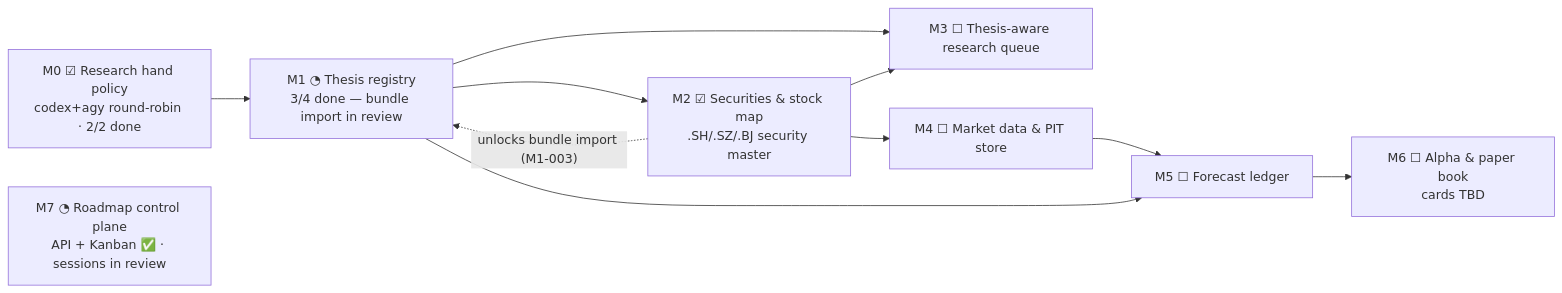
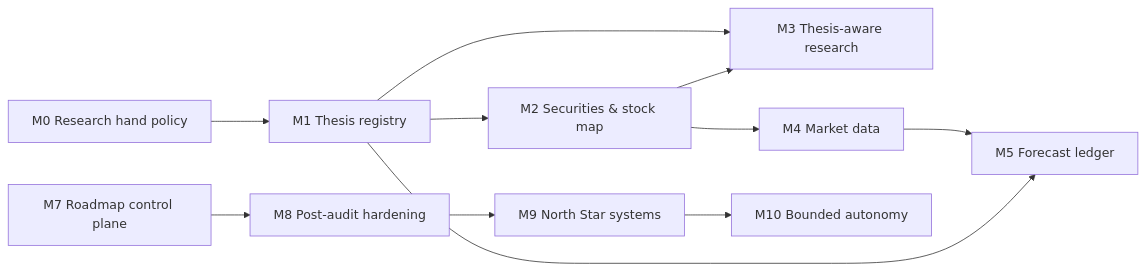
One commit to dmquant/institute-one changed the diagram in roadmap/README.md. Above: the diagram before and after it, drawn with Mermaid. The commit also changed other lines of this file and 15 other files, not shown here.

Commit message:
Add roadmap acceptance protocol: safe reconciliation + idempotent creates (M7-011)

````diff
--- a/roadmap/README.md
+++ b/roadmap/README.md
@@ -33,16 +39,18 @@
 ```mermaid
 flowchart LR
-    M0["M0 ☑ Research hand policy<br/>codex+agy round-robin · 2/2 done"]
-    M1["M1 ◔ Thesis registry<br/>3/4 done — bundle import in review"]
-    M2["M2 ☑ Securities & stock map<br/>.SH/.SZ/.BJ security master"]
-    M3["M3 ☐ Thesis-aware research queue"]
-    M4["M4 ☐ Market data & PIT store"]
-    M5["M5 ☐ Forecast ledger"]
-    M6["M6 ☐ Alpha & paper book<br/>cards TBD"]
-    M7["M7 ◔ Roadmap control plane<br/>API + Kanban ✅ · sessions in review"]
+    M0["M0 Research hand policy"]
+    M1["M1 Thesis registry"]
+    M2["M2 Securities & stock map"]
+    M3["M3 Thesis-aware research"]
+    M4["M4 Market data"]
+    M5["M5 Forecast ledger"]
+    M7["M7 Roadmap control plane"]
+    M8["M8 Post-audit hardening"]
+    M9["M9 North Star systems"]
+    M10["M10 Bounded autonomy"]
     M0 --> M1 --> M2
-    M2 -. "unlocks bundle import (M1-003)" .-> M1
     M1 & M2 --> M3
-    M2 --> M4 --> M5 --> M6
+    M2 --> M4 --> M5
     M1 --> M5
+    M7 --> M8 --> M9 --> M10
 ```
````
